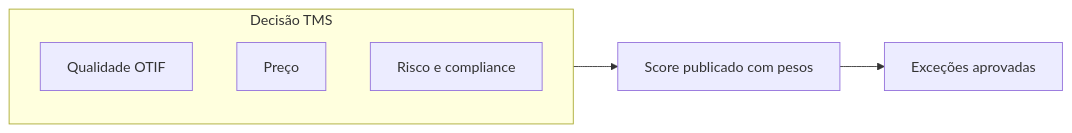
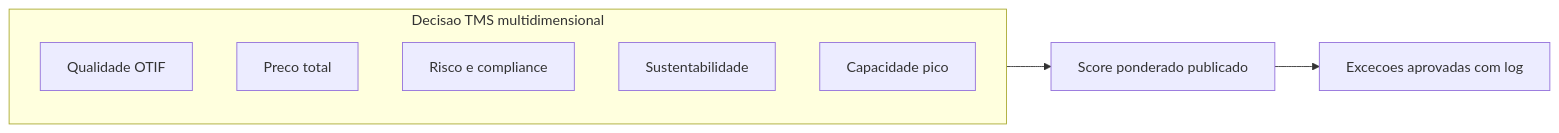
One commit to cleberhensel/logisticon-academy changed the fourth of 4 diagrams in aulas/trilha-tecnologia-e-sistemas/modulo-04-tms/aula-01-pedido-transporte-carrier.md. Above: the diagram before and after it, drawn with Mermaid. The commit also changed other lines of this file and 122 other files, not shown here.

````diff
--- a/aulas/trilha-tecnologia-e-sistemas/modulo-04-tms/aula-01-pedido-transporte-carrier.md
+++ b/aulas/trilha-tecnologia-e-sistemas/modulo-04-tms/aula-01-pedido-transporte-carrier.md
@@ -52,10 +186,12 @@
 ```mermaid
 flowchart LR
-  subgraph dec["Decisão TMS"]
+  subgraph dec["Decisao TMS multidimensional"]
     Q[Qualidade OTIF]
-    Pr[Preço]
+    Pr[Preco total]
     R[Risco e compliance]
+    Sus[Sustentabilidade]
+    Cap[Capacidade pico]
   end
-  dec --> Score[Score publicado com pesos]
-  Score --> Esc[Exceções aprovadas]
+  dec --> Score[Score ponderado publicado]
+  Score --> Esc[Excecoes aprovadas com log]
 ```
````
